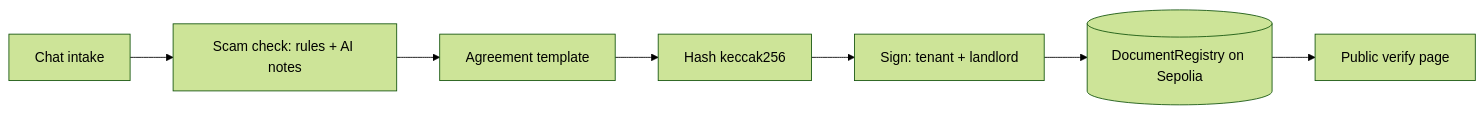
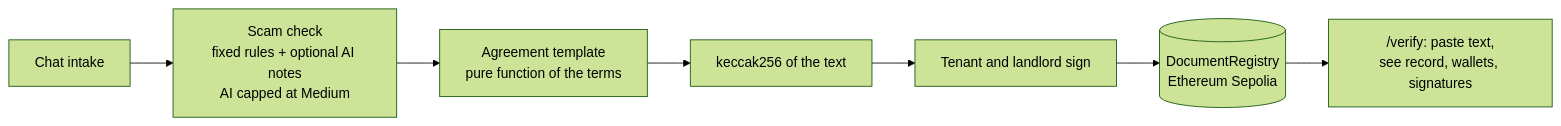
One commit to Agozie180/CourtAgent changed the first of 2 diagrams in README.md. Above: the diagram before and after it, drawn with Mermaid (forest theme). The commit also changed other lines of this file and 28 other files, not shown here.

Commit message:
Playbook pass: registry creator rule, party cross-check, judge-first home demos, scam corpus with held-out set, audit, architecture, CI, README answer sheet

````diff
--- a/README.md
+++ b/README.md
@@ -37,9 +51,9 @@
 ```mermaid
 flowchart LR
-  A[Chat intake] --> B[Scam check: rules + AI notes]
-  B --> C[Agreement template]
-  C --> D[Hash keccak256]
-  D --> E[Sign: tenant + landlord]
-  E --> F[(DocumentRegistry on Sepolia)]
-  F --> G[Public verify page]
+  A[Chat intake] --> B["Scam check<br/>fixed rules + optional AI notes<br/>AI capped at Medium"]
+  B --> C["Agreement template<br/>pure function of the terms"]
+  C --> D["keccak256 of the text"]
+  D --> E["Tenant and landlord sign"]
+  E --> F[("DocumentRegistry<br/>Ethereum Sepolia")]
+  F --> G["/verify: paste text,<br/>see record, wallets, signatures"]
 ```
````
